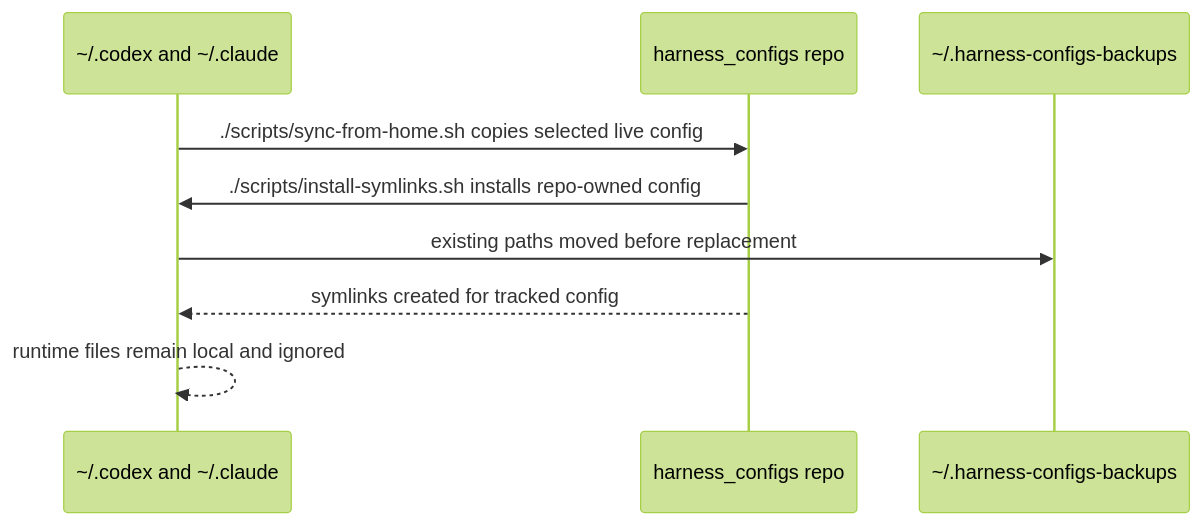
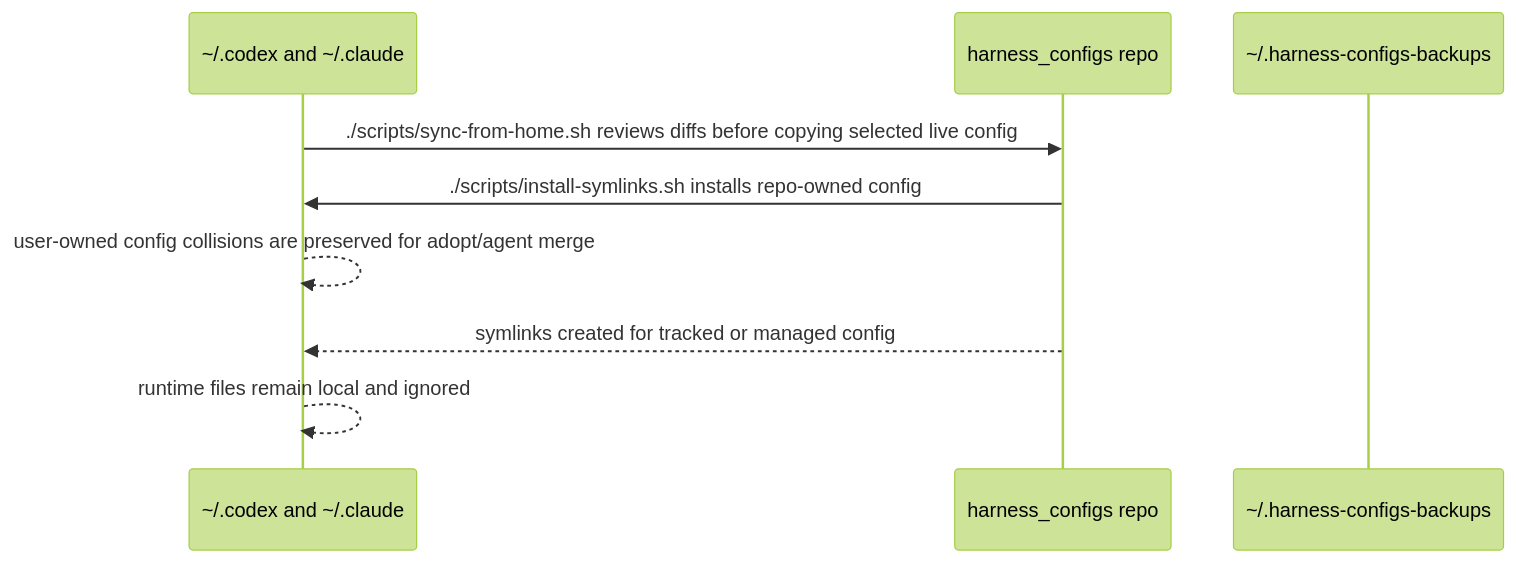
Before and after one commit to kirinmurphy/agent_harness_configs: the second of 2 diagrams in docs/architecture.md, drawn with Mermaid (forest theme). The commit also changed other lines of this file and 14 other files, not shown here.

````diff
--- a/docs/architecture.md
+++ b/docs/architecture.md
@@ -55,12 +57,12 @@
 ```mermaid
 sequenceDiagram
   participant Home as ~/.codex and ~/.claude
   participant Repo as harness_configs repo
   participant Backup as ~/.harness-configs-backups
 
-  Home->>Repo: ./scripts/sync-from-home.sh copies selected live config
+  Home->>Repo: ./scripts/sync-from-home.sh reviews diffs before copying selected live config
   Repo->>Home: ./scripts/install-symlinks.sh installs repo-owned config
-  Home->>Backup: existing paths moved before replacement
-  Repo-->>Home: symlinks created for tracked config
+  Home-->>Home: user-owned config collisions are preserved for adopt/agent merge
+  Repo-->>Home: symlinks created for tracked or managed config
   Home-->>Home: runtime files remain local and ignored
 ```
````
